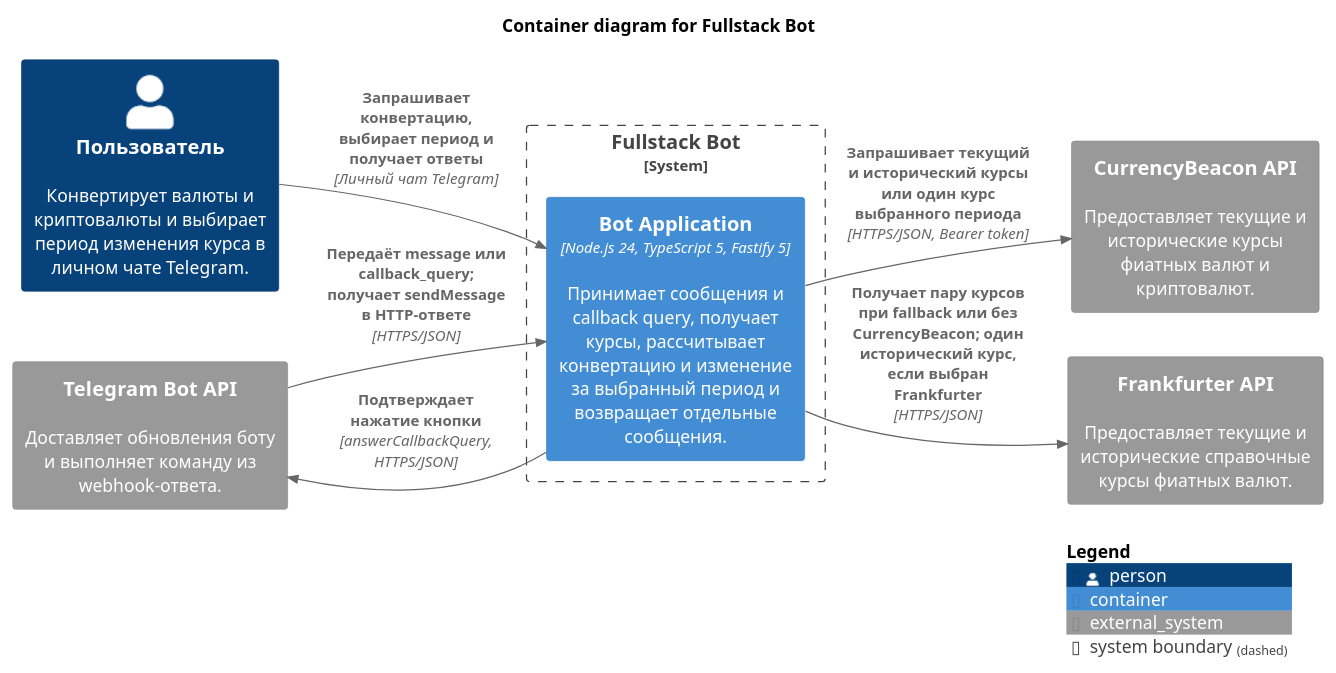
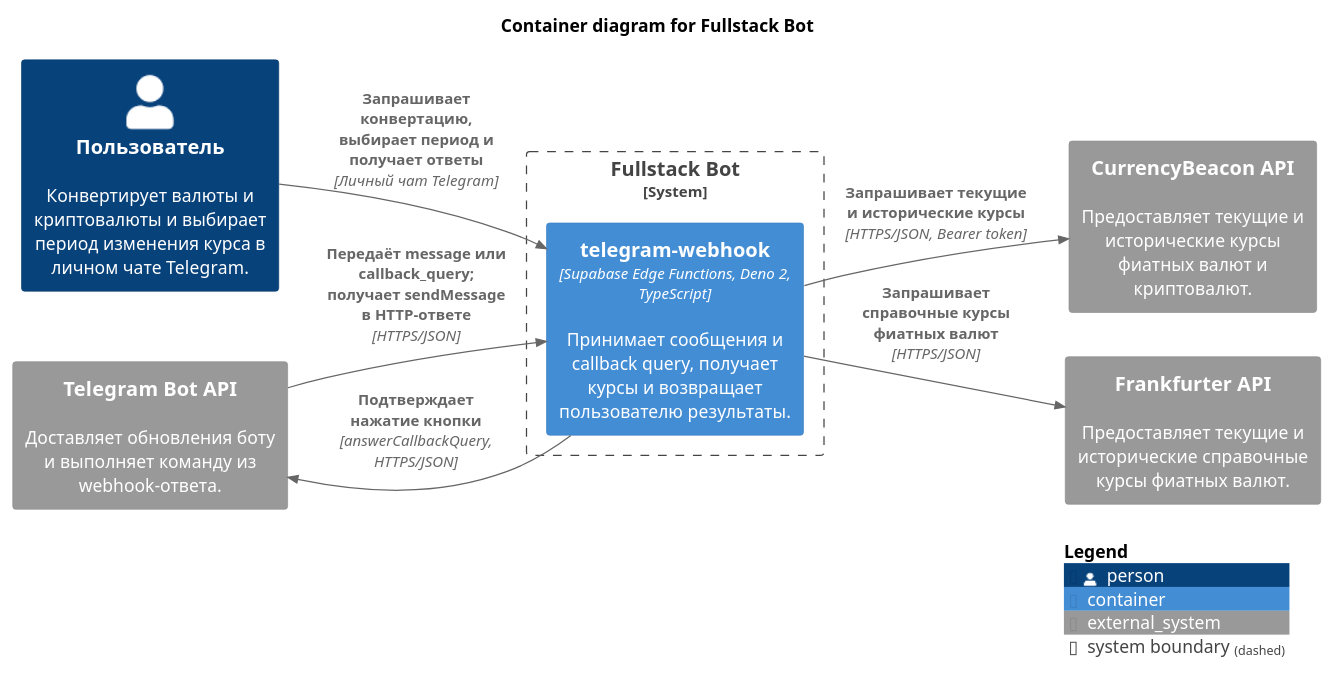
One commit to yarek-dev/FastestCurrency changed the diagram in docs/architecture/c4-containers.puml. Above: the diagram before and after it, drawn with PlantUML. The commit also changed 91 other files, not shown here.

```diff
--- a/docs/architecture/c4-containers.puml
+++ b/docs/architecture/c4-containers.puml
@@ -1,25 +1,25 @@
 @startuml Fullstack Bot - Containers
 !include <C4/C4_Container>
 
 title Container diagram for Fullstack Bot
 
 LAYOUT_LEFT_RIGHT()
 
 Person(user, "Пользователь", "Конвертирует валюты и криптовалюты и выбирает период изменения курса в личном чате Telegram.")
 
 System_Ext(telegram, "Telegram Bot API", "Доставляет обновления боту и выполняет команду из webhook-ответа.")
 System_Ext(currency_beacon, "CurrencyBeacon API", "Предоставляет текущие и исторические курсы фиатных валют и криптовалют.")
 System_Ext(frankfurter, "Frankfurter API", "Предоставляет текущие и исторические справочные курсы фиатных валют.")
 
 System_Boundary(fullstack_bot, "Fullstack Bot") {
-  Container(bot_app, "Bot Application", "Node.js 24, TypeScript 5, Fastify 5", "Принимает сообщения и callback query, получает курсы, рассчитывает конвертацию и изменение за выбранный период и возвращает отдельные сообщения.")
+  Container(edge_function, "telegram-webhook", "Supabase Edge Functions, Deno 2, TypeScript", "Принимает сообщения и callback query, получает курсы и возвращает пользователю результаты.")
 }
 
-Rel(user, bot_app, "Запрашивает конвертацию, выбирает период и получает ответы", "Личный чат Telegram")
-Rel(telegram, bot_app, "Передаёт message или callback_query; получает sendMessage в HTTP-ответе", "HTTPS/JSON")
-Rel(bot_app, telegram, "Подтверждает нажатие кнопки", "answerCallbackQuery, HTTPS/JSON")
-Rel(bot_app, currency_beacon, "Запрашивает текущий и исторический курсы или один курс выбранного периода", "HTTPS/JSON, Bearer token")
-Rel(bot_app, frankfurter, "Получает пару курсов при fallback или без CurrencyBeacon; один исторический курс, если выбран Frankfurter", "HTTPS/JSON")
+Rel(user, edge_function, "Запрашивает конвертацию, выбирает период и получает ответы", "Личный чат Telegram")
+Rel(telegram, edge_function, "Передаёт message или callback_query; получает sendMessage в HTTP-ответе", "HTTPS/JSON")
+Rel(edge_function, telegram, "Подтверждает нажатие кнопки", "answerCallbackQuery, HTTPS/JSON")
+Rel(edge_function, currency_beacon, "Запрашивает текущие и исторические курсы", "HTTPS/JSON, Bearer token")
+Rel(edge_function, frankfurter, "Запрашивает справочные курсы фиатных валют", "HTTPS/JSON")
 
 SHOW_LEGEND()
 @enduml
```
